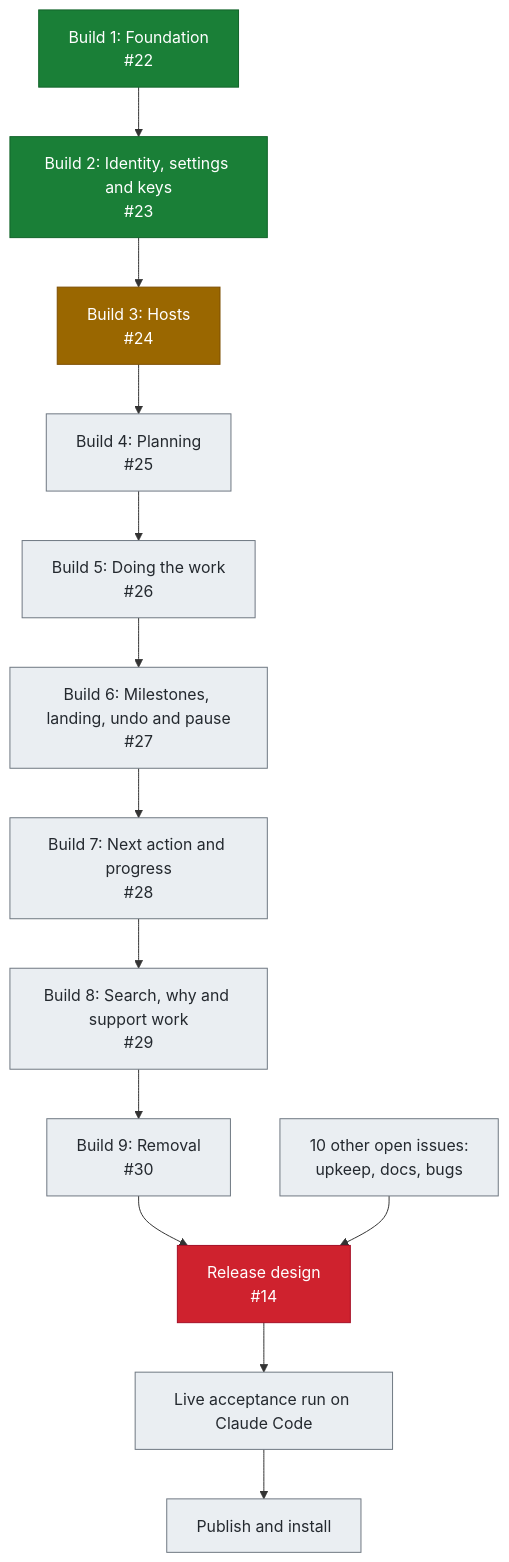
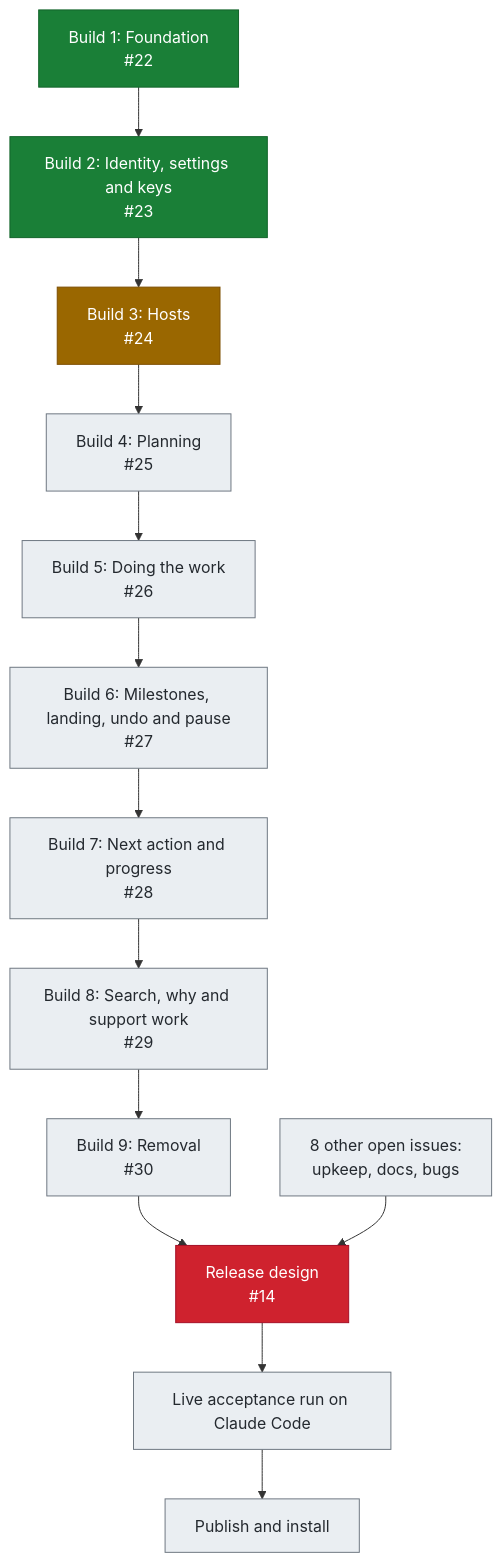
The first of 4 diagrams in docs/roadmap.md (crenshawdev/baley), drawn with Mermaid before and after one commit. The commit also changed other lines of this file and 2 other files, not shown here.

````diff
--- a/docs/roadmap.md
+++ b/docs/roadmap.md
@@ -9,30 +9,30 @@
 ```mermaid
 flowchart TB
     B1["Build 1: Foundation<br/>#22"]
     B2["Build 2: Identity, settings and keys<br/>#23"]
     B3["Build 3: Hosts<br/>#24"]
     B4["Build 4: Planning<br/>#25"]
     B5["Build 5: Doing the work<br/>#26"]
     B6["Build 6: Milestones, landing, undo and pause<br/>#27"]
     B7["Build 7: Next action and progress<br/>#28"]
     B8["Build 8: Search, why and support work<br/>#29"]
     B9["Build 9: Removal<br/>#30"]
-    OTHER["10 other open issues:<br/>upkeep, docs, bugs"]
+    OTHER["8 other open issues:<br/>upkeep, docs, bugs"]
     R1["Release design<br/>#14"]
     R2["Live acceptance run on Claude Code"]
     R3["Publish and install"]
 
     B1 --> B2 --> B3 --> B4 --> B5 --> B6 --> B7 --> B8 --> B9 --> R1 --> R2 --> R3
     OTHER --> R1
 
     classDef done fill:#1a7f37,stroke:#116329,color:#ffffff
     classDef progress fill:#9a6700,stroke:#7d4e00,color:#ffffff
     classDef next fill:#fff8c5,stroke:#9a6700,stroke-width:3px,color:#3b2300
     classDef blocked fill:#cf222e,stroke:#a40e26,color:#ffffff
     classDef planned fill:#eaeef2,stroke:#6e7781,color:#24292f
 
     class B1,B2 done
     class B3 progress
     class R1 blocked
     class B4,B5,B6,B7,B8,B9,OTHER,R2,R3 planned
 ```
````
